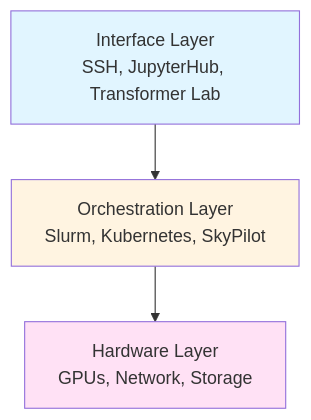
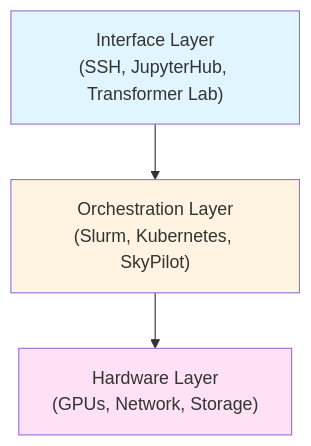
The diagram in chapters/01-foundation.md (transformerlab/build-a-machine-learning-research-cluster), drawn with Mermaid before and after one commit. The commit also changed other lines of this file and 1 other file, not shown here.

````diff
--- a/chapters/01-foundation.md
+++ b/chapters/01-foundation.md
@@ -67,13 +67,13 @@
 ```mermaid
 graph TB
-    A[Interface Layer<br/>SSH, JupyterHub, Transformer Lab]
-    B[Orchestration Layer<br/>Slurm, Kubernetes, SkyPilot]
-    C[Hardware Layer<br/>GPUs, Network, Storage]
+    A["Interface Layer<br/>(SSH, JupyterHub, Transformer Lab)"]
+    B["Orchestration Layer<br/>(Slurm, Kubernetes, SkyPilot)"]
+    C["Hardware Layer<br/>(GPUs, Network, Storage)"]
     
     A --> B
     B --> C
     
     style A fill:#e1f5ff
     style B fill:#fff4e1
     style C fill:#ffe1f5
 ```
````
